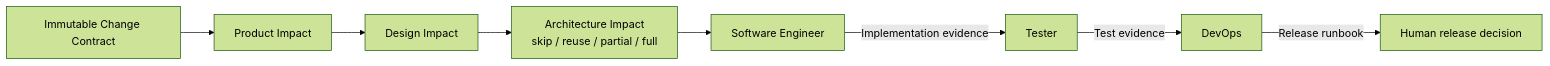
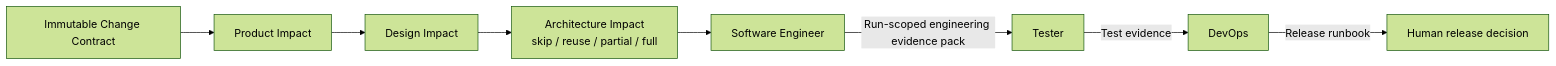
The first of 2 diagrams in README.md (davych/agents-instruction), drawn with Mermaid (forest theme) before and after one commit. The commit also changed other lines of this file and 148 other files, not shown here.

````diff
--- a/README.md
+++ b/README.md
@@ -23,10 +23,10 @@
 ```mermaid
 flowchart LR
   Intent["Immutable Change Contract"] --> Product["Product Impact"]
   Product --> Design["Design Impact"]
   Design --> Architect["Architecture Impact<br/>skip / reuse / partial / full"]
   Architect --> Engineer["Software Engineer"]
-  Engineer -->|"Implementation evidence"| Tester["Tester"]
+  Engineer -->|"Run-scoped engineering evidence pack"| Tester["Tester"]
   Tester -->|"Test evidence"| DevOps["DevOps"]
   DevOps -->|"Release runbook"| Human["Human release decision"]
 ```
````
